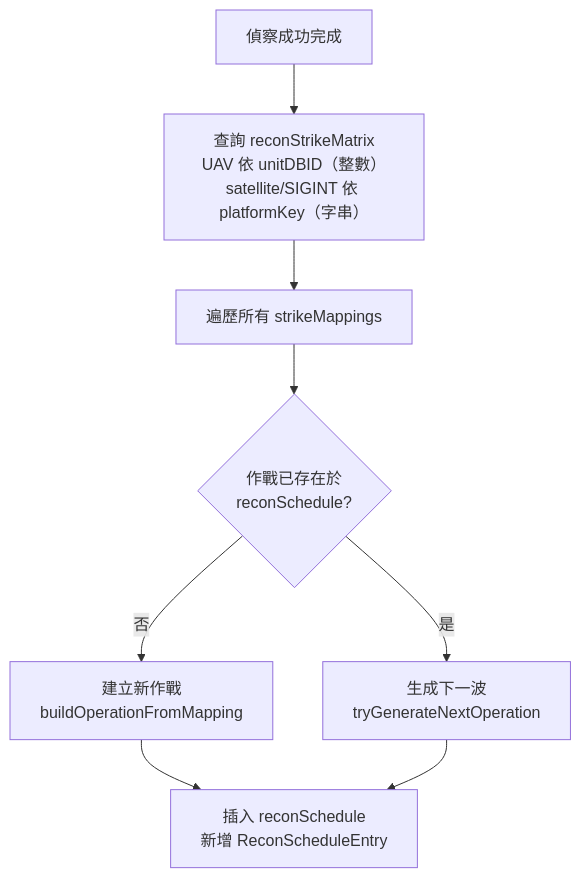
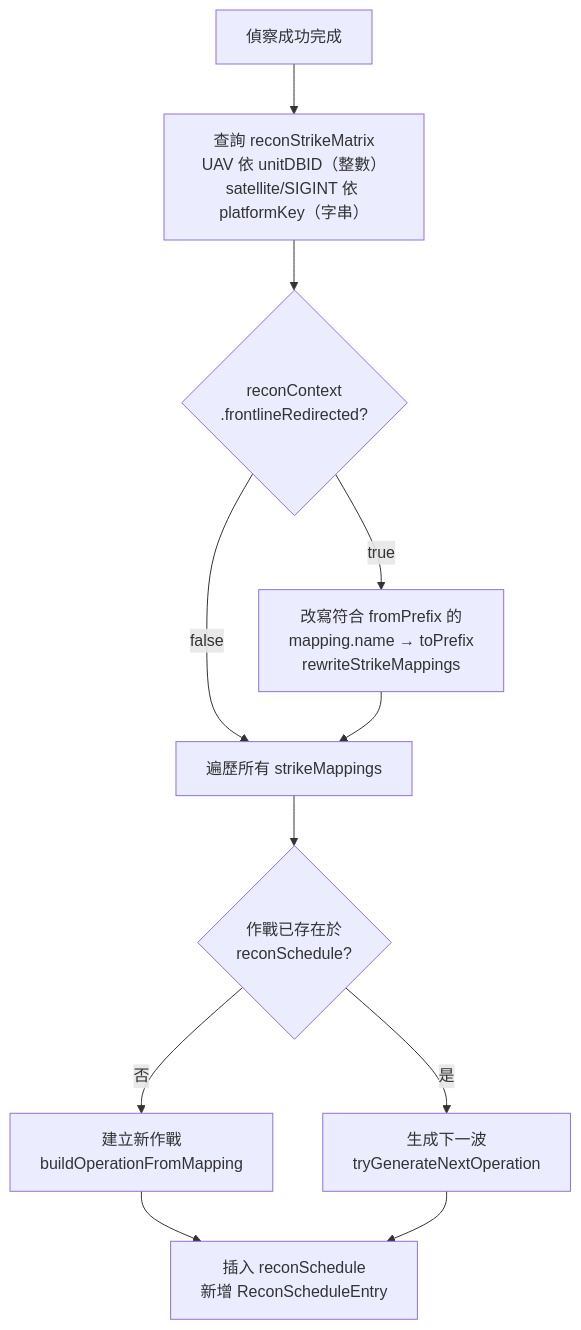
One commit to pullupjumper/formosa-in-flames changed the second of 4 diagrams in docs/strikePlanner/recon.md. Above: the diagram before and after it, drawn with Mermaid. The commit also changed other lines of this file and 6 other files, not shown here.

````diff
--- a/docs/strikePlanner/recon.md
+++ b/docs/strikePlanner/recon.md
@@ -73,18 +78,23 @@
 ```mermaid
 flowchart TD
     RECON_OK["偵察成功完成"]
     MATRIX["查詢 reconStrikeMatrix<br>UAV 依 unitDBID（整數）<br>satellite/SIGINT 依 platformKey（字串）"]
+    REDIRECT{"reconContext<br>.frontlineRedirected?"}
+    REWRITE["改寫符合 fromPrefix 的<br>mapping.name → toPrefix<br>rewriteStrikeMappings"]
     LOOP["遍歷所有 strikeMappings"]
     CHECK{"作戰已存在於<br>reconSchedule?"}
     NEW["建立新作戰<br>buildOperationFromMapping"]
     NEXT["生成下一波<br>tryGenerateNextOperation"]
     INSERT["插入 reconSchedule<br>新增 ReconScheduleEntry"]
 
     RECON_OK --> MATRIX
-    MATRIX --> LOOP
+    MATRIX --> REDIRECT
+    REDIRECT -->|true| REWRITE
+    REDIRECT -->|false| LOOP
+    REWRITE --> LOOP
     LOOP --> CHECK
     CHECK -->|否| NEW
     CHECK -->|是| NEXT
     NEW --> INSERT
     NEXT --> INSERT
 ```
````
